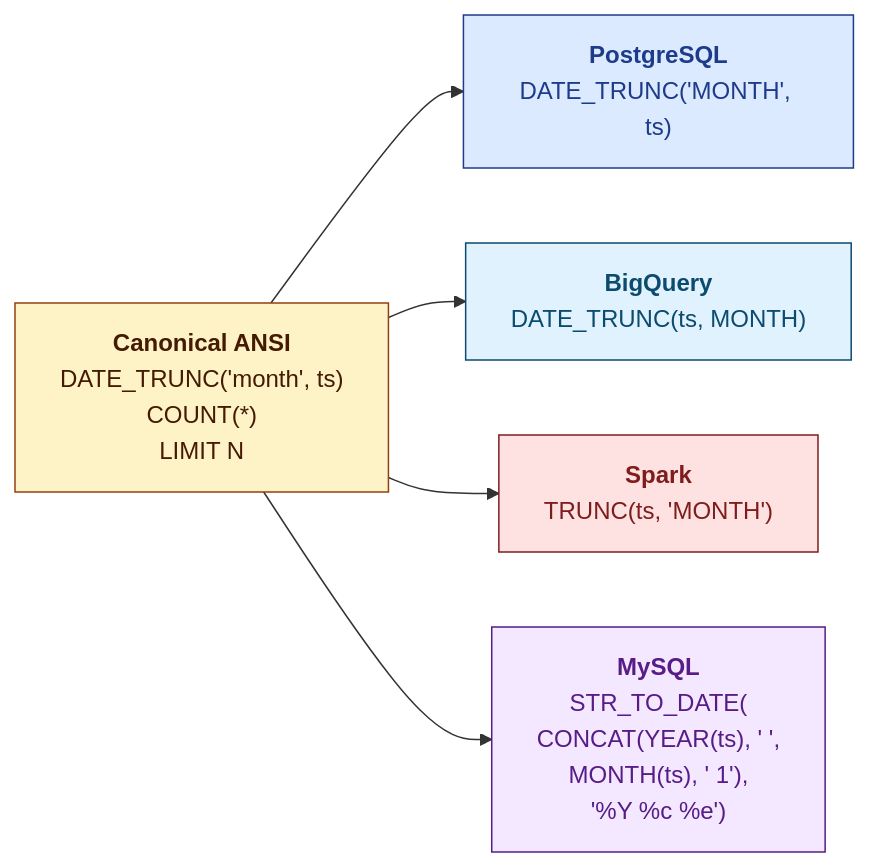
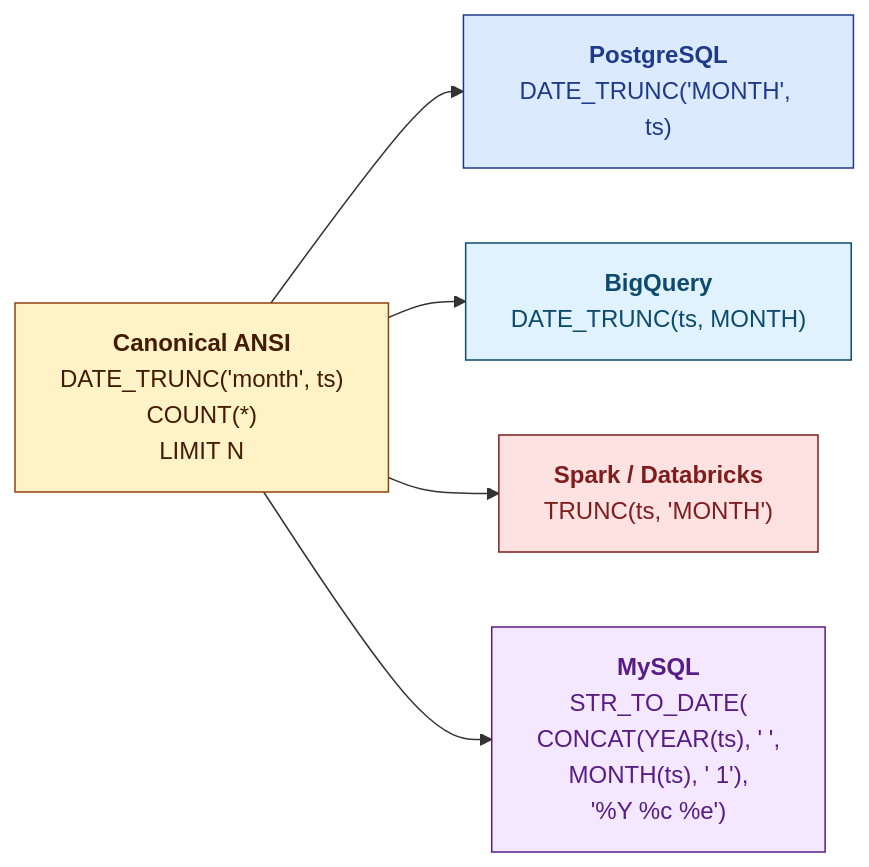
Before and after one commit to rollroyces/speaksql: the first of 7 diagrams in README.md, drawn with Mermaid. The commit also changed other lines of this file, not shown here.

First line of the commit message:
docs: rewrite README — clearer structure, embedded JOIN graph SVG, all Mermaid diagrams inline

````diff
--- a/README.md
+++ b/README.md
@@ -23,18 +21,18 @@
 ```mermaid
 graph LR
     A["<b>Canonical ANSI</b><br/>DATE_TRUNC('month', ts)<br/>COUNT(*)<br/>LIMIT N"]:::canon
     P["<b>PostgreSQL</b><br/>DATE_TRUNC('MONTH', ts)"]:::pg
     B["<b>BigQuery</b><br/>DATE_TRUNC(ts, MONTH)"]:::bq
-    S["<b>Spark</b><br/>TRUNC(ts, 'MONTH')"]:::spark
+    S["<b>Spark / Databricks</b><br/>TRUNC(ts, 'MONTH')"]:::spark
     M["<b>MySQL</b><br/>STR_TO_DATE(<br/>  CONCAT(YEAR(ts), ' ',<br/>  MONTH(ts), ' 1'),<br/>  '%Y %c %e')"]:::mysql
     A --> P
     A --> B
     A --> S
     A --> M
 
     classDef canon fill:#fef3c7,stroke:#92400e,color:#451a03
     classDef pg fill:#dbeafe,stroke:#1e3a8a,color:#1e3a8a
     classDef bq fill:#e0f2fe,stroke:#0c4a6e,color:#0c4a6e
     classDef spark fill:#fee2e2,stroke:#7f1d1d,color:#7f1d1d
     classDef mysql fill:#f3e8ff,stroke:#581c87,color:#581c87
 ```
````
